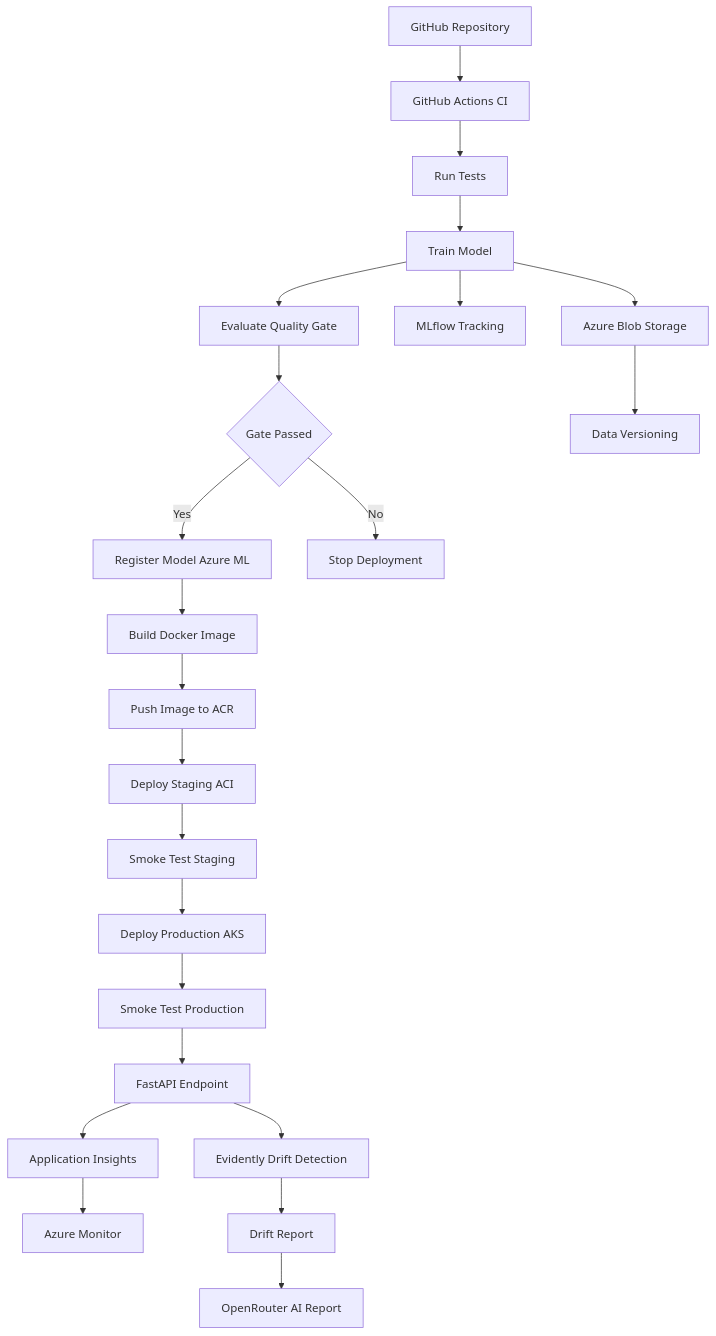
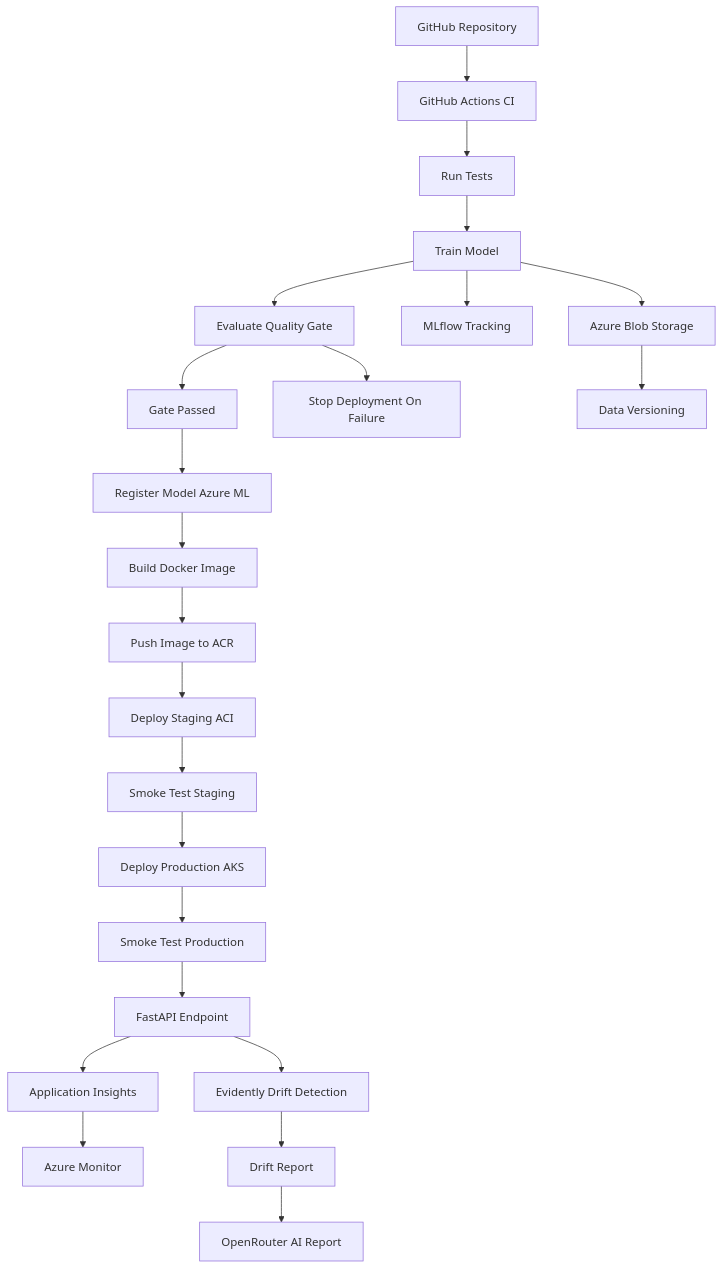
The diagram in README.md (bakhtiyark06/MLOPS-azure-final-project), drawn with Mermaid before and after one commit. The commit also changed 2 other files, not shown here.

Commit message:
Simplify Mermaid diagram to plain nodes for reliable GitHub rendering

````diff
--- a/README.md
+++ b/README.md
@@ -53,29 +53,25 @@
 ```mermaid
 graph TD
-    A["GitHub Repository"] --> B["GitHub Actions CI"]
-    B --> C["Run Tests"]
-    C --> D["Train Model"]
-    D --> E["Evaluate Quality Gate"]
-    E --> F{"Gate Passed"}
-    F -->|Yes| G["Register Model Azure ML"]
-    F -->|No| H["Stop Deployment"]
-
-    G --> I["Build Docker Image"]
-    I --> J["Push Image to ACR"]
-    J --> K["Deploy Staging ACI"]
-    K --> L["Smoke Test Staging"]
-    L --> M["Deploy Production AKS"]
-    M --> N["Smoke Test Production"]
-
-    N --> O["FastAPI Endpoint"]
-    O --> P["Application Insights"]
-    P --> Q["Azure Monitor"]
-
-    D --> R["MLflow Tracking"]
-    D --> S["Azure Blob Storage"]
-    S --> T["Data Versioning"]
-
-    O --> U["Evidently Drift Detection"]
-    U --> V["Drift Report"]
-    V --> W["OpenRouter AI Report"]
+    A[GitHub Repository] --> B[GitHub Actions CI]
+    B --> C[Run Tests]
+    C --> D[Train Model]
+    D --> E[Evaluate Quality Gate]
+    E --> F[Gate Passed]
+    F --> G[Register Model Azure ML]
+    E --> H[Stop Deployment On Failure]
+    G --> I[Build Docker Image]
+    I --> J[Push Image to ACR]
+    J --> K[Deploy Staging ACI]
+    K --> L[Smoke Test Staging]
+    L --> M[Deploy Production AKS]
+    M --> N[Smoke Test Production]
+    N --> O[FastAPI Endpoint]
+    O --> P[Application Insights]
+    P --> Q[Azure Monitor]
+    D --> R[MLflow Tracking]
+    D --> S[Azure Blob Storage]
+    S --> T[Data Versioning]
+    O --> U[Evidently Drift Detection]
+    U --> V[Drift Report]
+    V --> W[OpenRouter AI Report]
 ```
````
